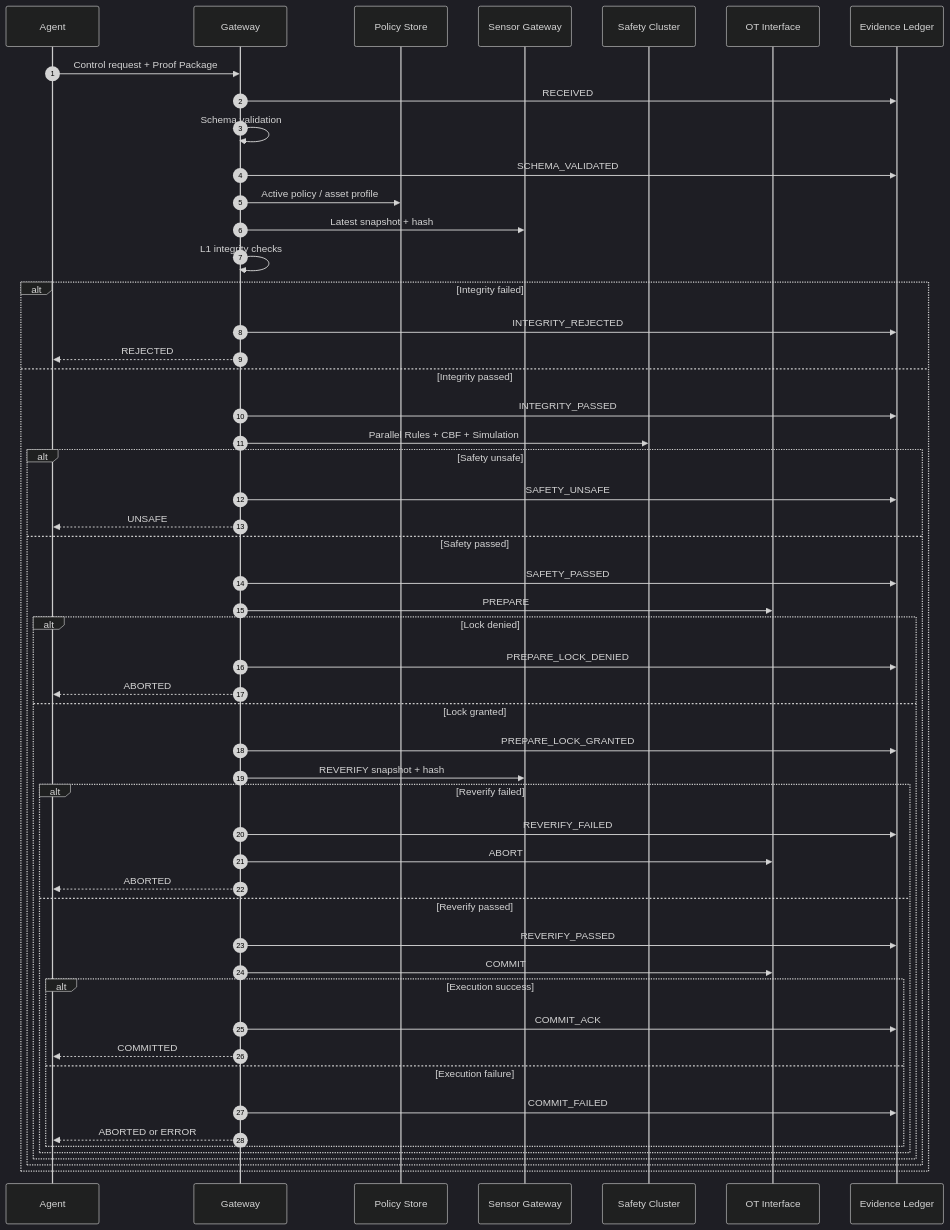
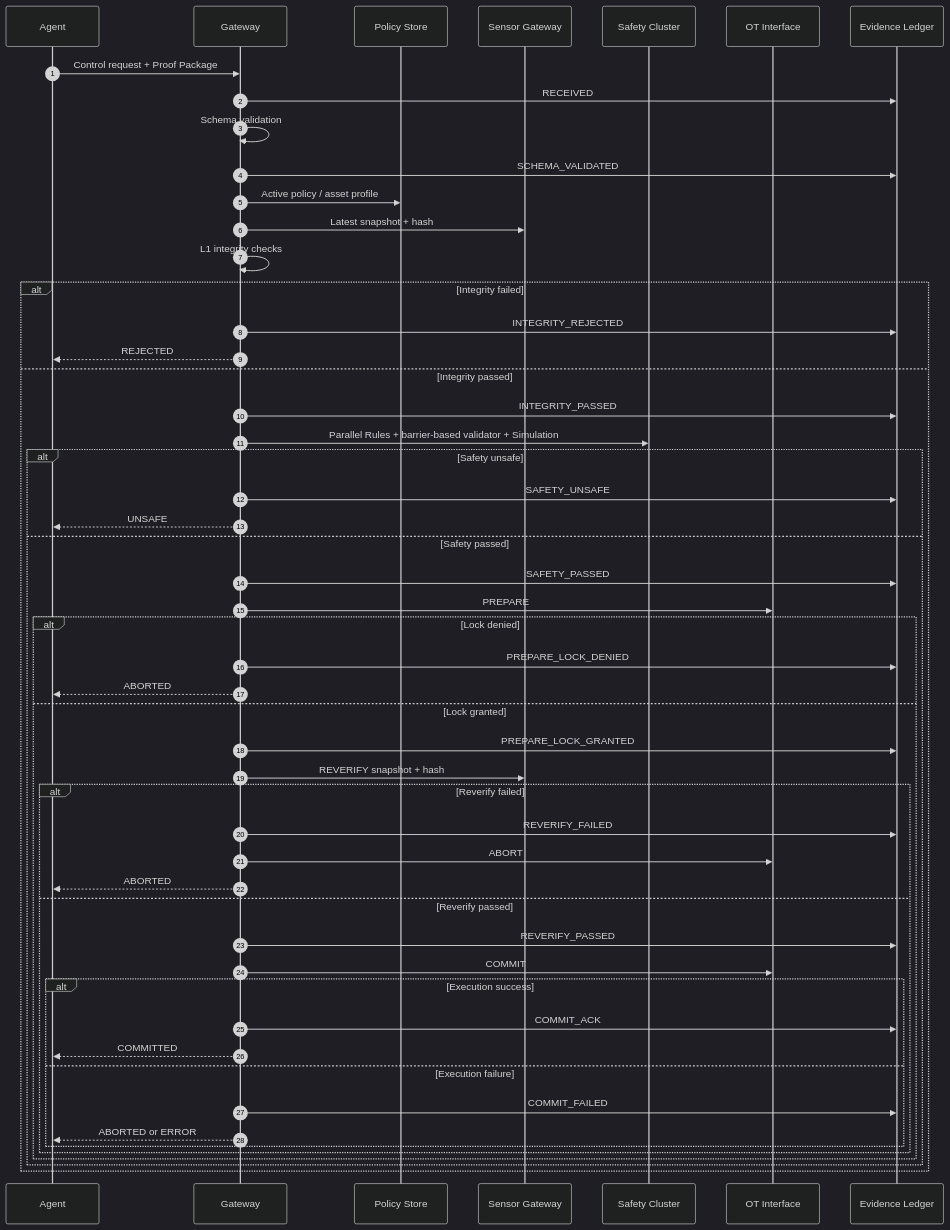
The second of 2 diagrams in README.md (JoMinsu-KU/pcag), drawn with Mermaid (dark theme) before and after one commit. The commit also changed other lines of this file and 10 other files, not shown here.

Commit message:
Align docs and seed policies with current architecture

````diff
--- a/README.md
+++ b/README.md
@@ -170,56 +173,56 @@
 ```mermaid
 sequenceDiagram
     autonumber
     participant A as Agent
     participant G as Gateway
     participant P as Policy Store
     participant S as Sensor Gateway
     participant C as Safety Cluster
     participant O as OT Interface
     participant E as Evidence Ledger
 
     A->>G: Control request + Proof Package
     G->>E: RECEIVED
     G->>G: Schema validation
     G->>E: SCHEMA_VALIDATED
     G->>P: Active policy / asset profile
     G->>S: Latest snapshot + hash
     G->>G: L1 integrity checks
 
     alt Integrity failed
         G->>E: INTEGRITY_REJECTED
         G-->>A: REJECTED
     else Integrity passed
         G->>E: INTEGRITY_PASSED
-        G->>C: Parallel Rules + CBF + Simulation
+    G->>C: Parallel Rules + barrier-based validator + Simulation
         alt Safety unsafe
             G->>E: SAFETY_UNSAFE
             G-->>A: UNSAFE
         else Safety passed
             G->>E: SAFETY_PASSED
             G->>O: PREPARE
             alt Lock denied
                 G->>E: PREPARE_LOCK_DENIED
                 G-->>A: ABORTED
             else Lock granted
                 G->>E: PREPARE_LOCK_GRANTED
                 G->>S: REVERIFY snapshot + hash
                 alt Reverify failed
                     G->>E: REVERIFY_FAILED
                     G->>O: ABORT
                     G-->>A: ABORTED
                 else Reverify passed
                     G->>E: REVERIFY_PASSED
                     G->>O: COMMIT
                     alt Execution success
                         G->>E: COMMIT_ACK
                         G-->>A: COMMITTED
                     else Execution failure
                         G->>E: COMMIT_FAILED
                         G-->>A: ABORTED or ERROR
                     end
                 end
             end
         end
     end
 ```
````
